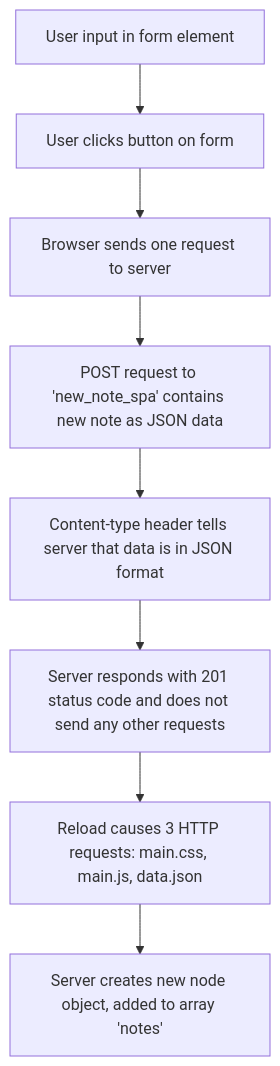
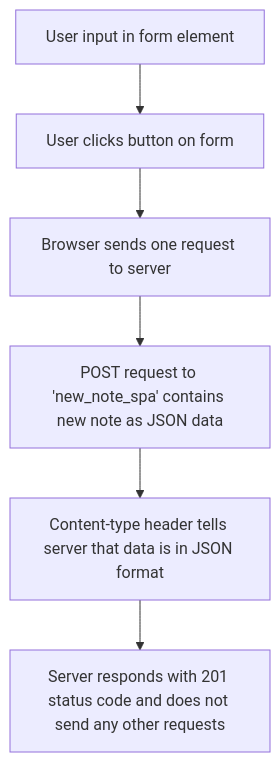
One commit to vickkl/FSO-Course changed the diagram in part0/0.5.md. Above: the diagram before and after it, drawn with Mermaid.

````diff
--- a/part0/0.5.md
+++ b/part0/0.5.md
@@ -1,10 +1,8 @@
 ```mermaid
 flowchart TD
     A[User input in form element] --> B[User clicks button on form]
     B --> C[Browser sends one request to server]
     C --> D[POST request to 'new_note_spa' contains new note as JSON data]
     D --> E[Content-type header tells server that data is in JSON format]
     E --> F[Server responds with 201 status code and does not send any other requests]
-    F --> G[Reload causes 3 HTTP requests: main.css, main.js, data.json]
-    G --> H[Server creates new node object, added to array 'notes']
 ```
````
